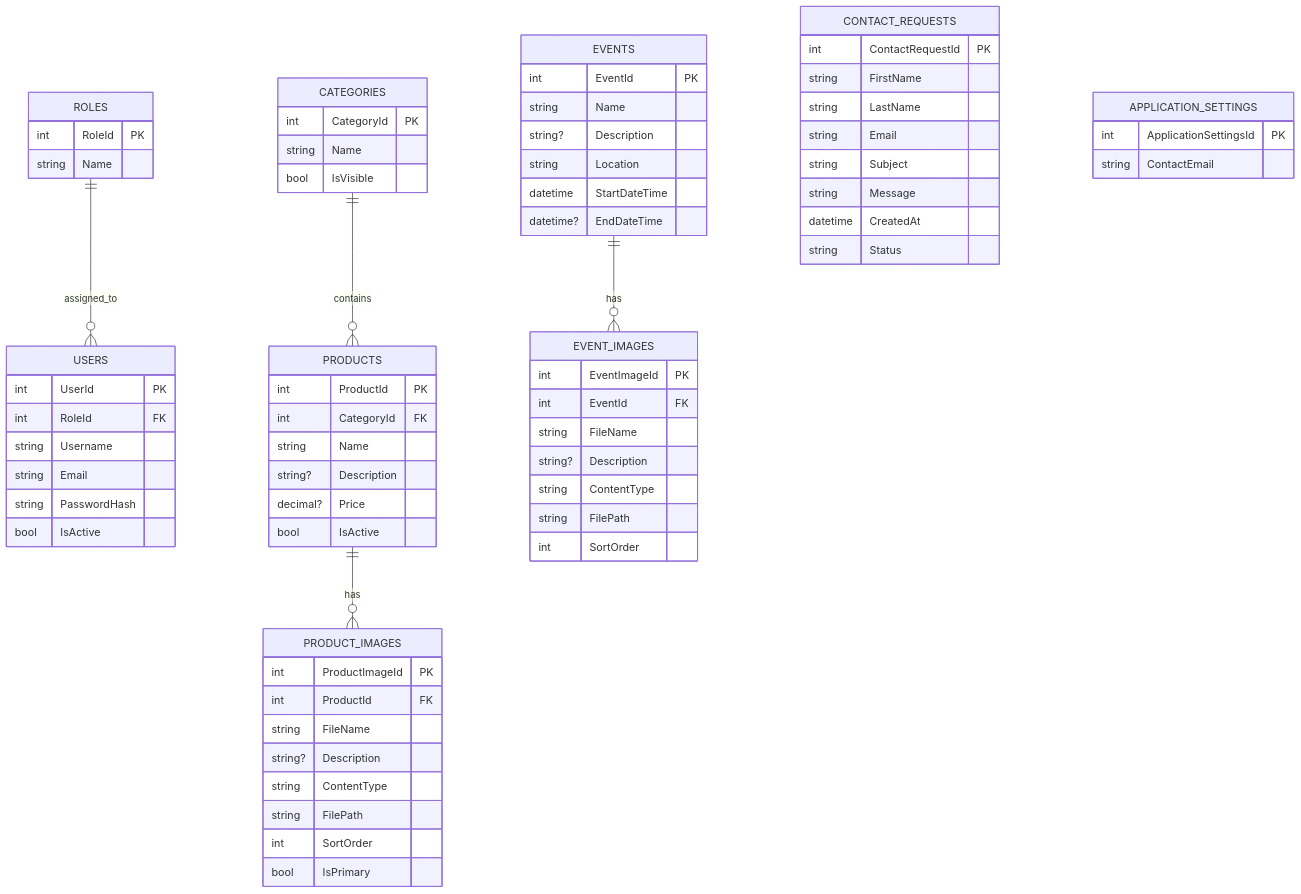
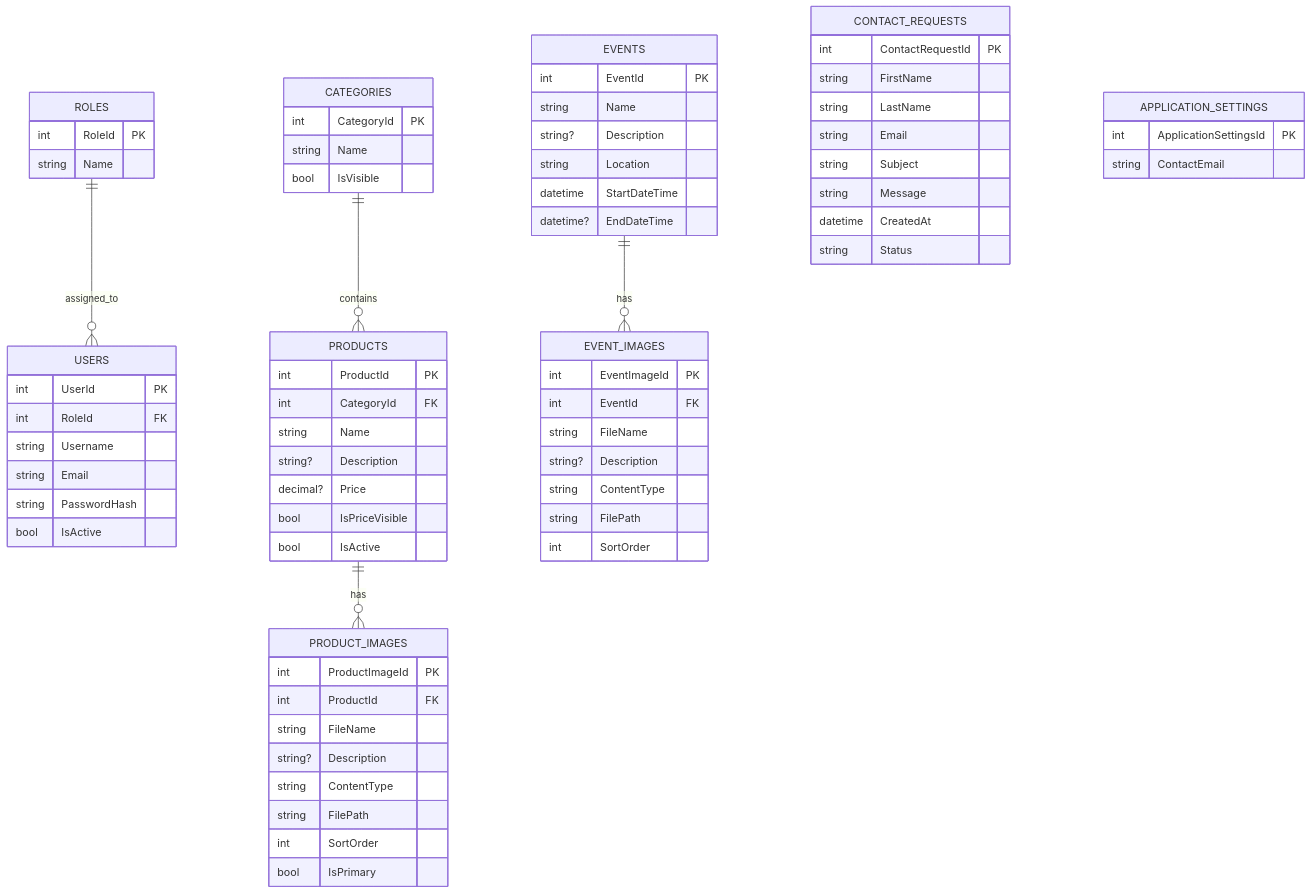
The diagram in documentation/UMLEntityRelationshipDiagramm.mmd (SchuelerfirmaBBS1/Webseite_Schuelerfirma_04), drawn with Mermaid before and after one commit.

Commit message:
Update UMLEntityRelationshipDiagramm.mmd
-> products
"bool IsPriceVisible" hinzugefügt

```diff
--- a/documentation/UMLEntityRelationshipDiagramm.mmd
+++ b/documentation/UMLEntityRelationshipDiagramm.mmd
@@ -1,82 +1,83 @@
 erDiagram
 
     USERS {
         int UserId PK
         int RoleId FK
         string Username
         string Email
         string PasswordHash
         bool IsActive
     }
 
     ROLES {
         int RoleId PK
         string Name
     }
 
     CATEGORIES {
         int CategoryId PK
         string Name
         bool IsVisible
     }
 
     PRODUCTS {
         int ProductId PK
         int CategoryId FK
         string Name
         string? Description
         decimal? Price
+        bool IsPriceVisible
         bool IsActive
     }
 
     PRODUCT_IMAGES {
         int ProductImageId PK
         int ProductId FK
         string FileName
         string? Description
         string ContentType
         string FilePath
         int SortOrder
         bool IsPrimary
     }
 
     EVENTS {
         int EventId PK
         string Name
         string? Description
         string Location
         datetime StartDateTime
         datetime? EndDateTime
     }
 
     EVENT_IMAGES {
         int EventImageId PK
         int EventId FK
         string FileName
         string? Description
         string ContentType
         string FilePath
         int SortOrder
     }
 
     CONTACT_REQUESTS {
         int ContactRequestId PK
         string FirstName
         string LastName
         string Email
         string Subject
         string Message
         datetime CreatedAt
         string Status
     }
 
     APPLICATION_SETTINGS {
         int ApplicationSettingsId PK
         string ContactEmail
     }
 
     CATEGORIES ||--o{ PRODUCTS : contains
     PRODUCTS ||--o{ PRODUCT_IMAGES : has
     EVENTS ||--o{ EVENT_IMAGES : has
 
     ROLES ||--o{ USERS : assigned_to
```
